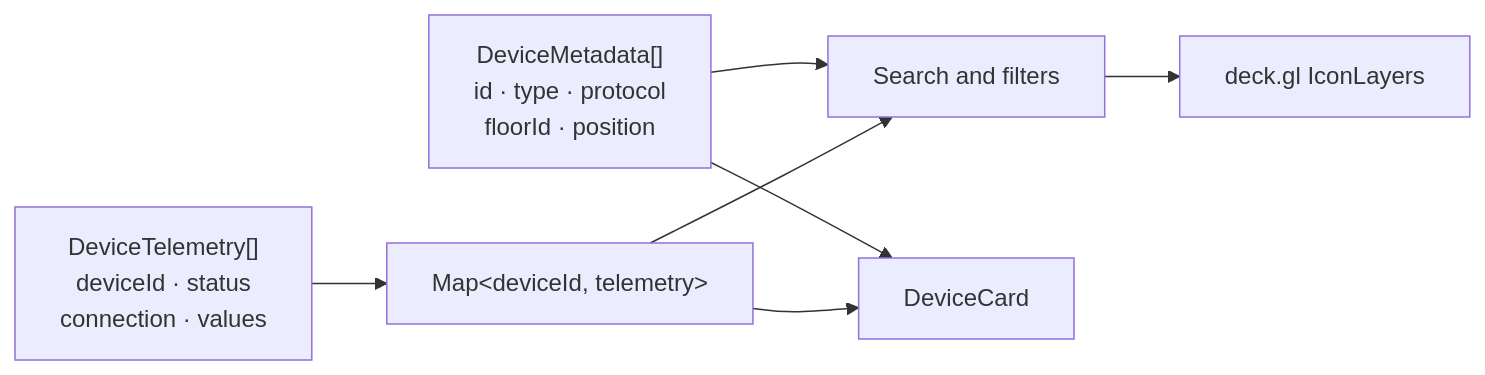
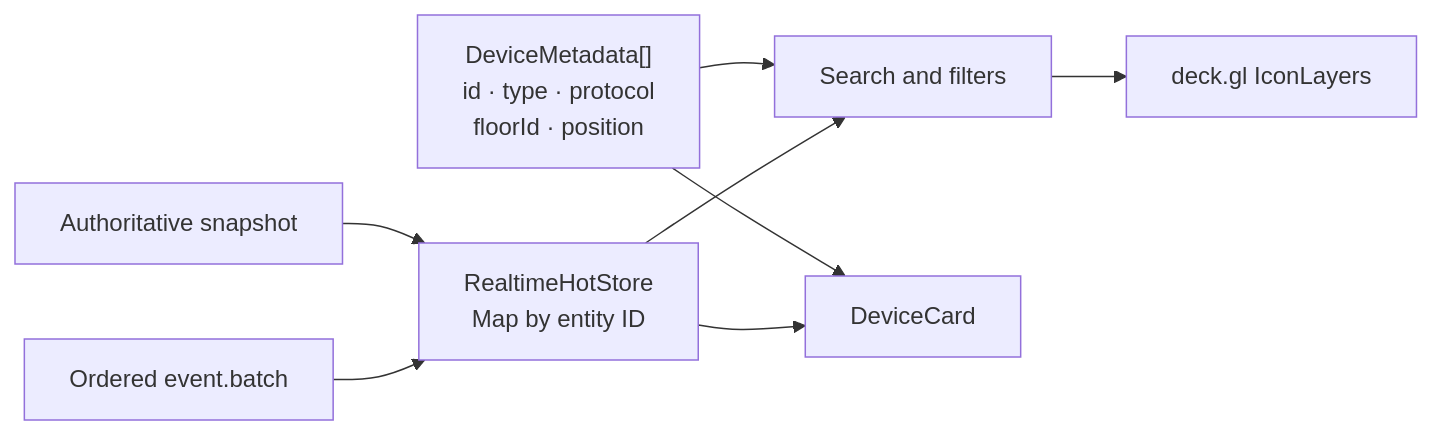
Before and after one commit to mbob72/building-operator-demo: the first of 3 diagrams in docs/frontend-architecture.md, drawn with Mermaid. The commit also changed other lines of this file and 42 other files, not shown here.

Commit message:
add resilient realtime telemetry pipeline

````diff
--- a/docs/frontend-architecture.md
+++ b/docs/frontend-architecture.md
@@ -70,16 +76,18 @@
 ```mermaid
 flowchart LR
     Catalog["DeviceMetadata[]<br/>id · type · protocol<br/>floorId · position"]
-    Snapshot["DeviceTelemetry[]<br/>deviceId · status<br/>connection · values"]
-    Index["Map&lt;deviceId, telemetry&gt;"]
+    Snapshot["Authoritative snapshot"]
+    Stream["Ordered event.batch"]
+    Index["RealtimeHotStore<br/>Map by entity ID"]
     Filter["Search and filters"]
     Layers["deck.gl IconLayers"]
     Card["DeviceCard"]
 
     Snapshot --> Index
+    Stream --> Index
     Catalog --> Filter
     Index --> Filter
     Filter --> Layers
     Catalog --> Card
     Index --> Card
 ```
````
